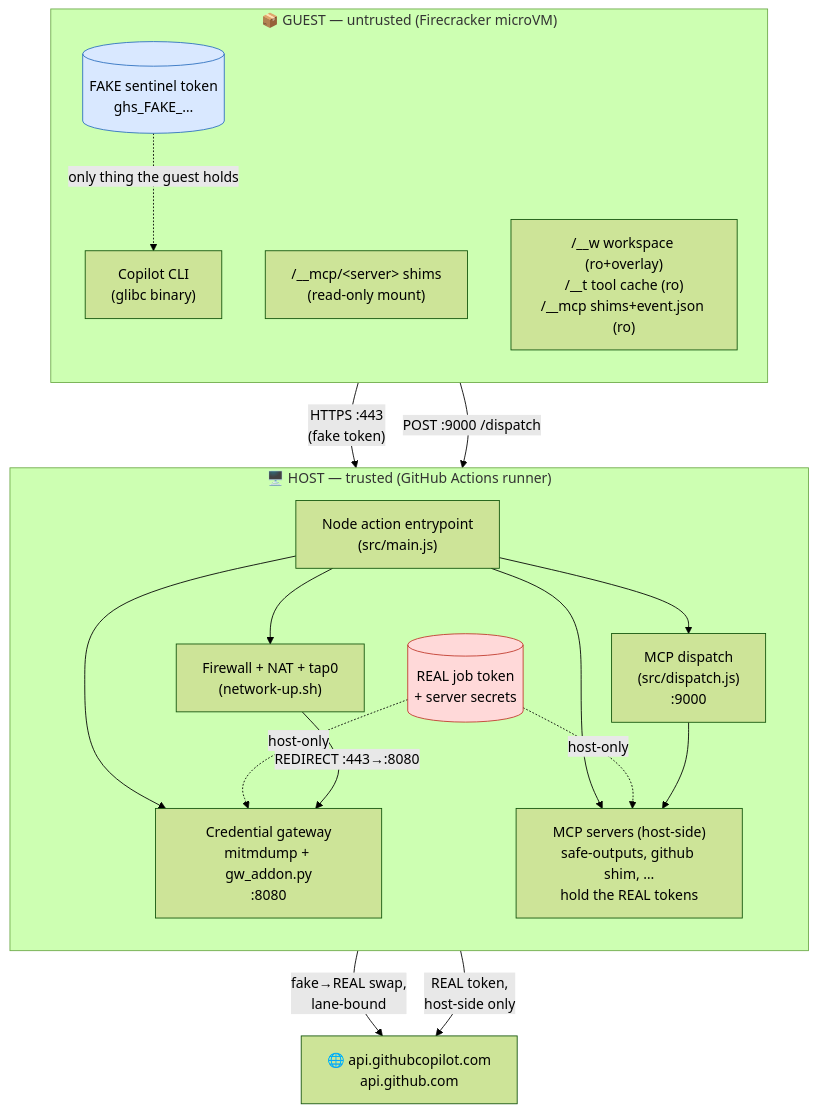
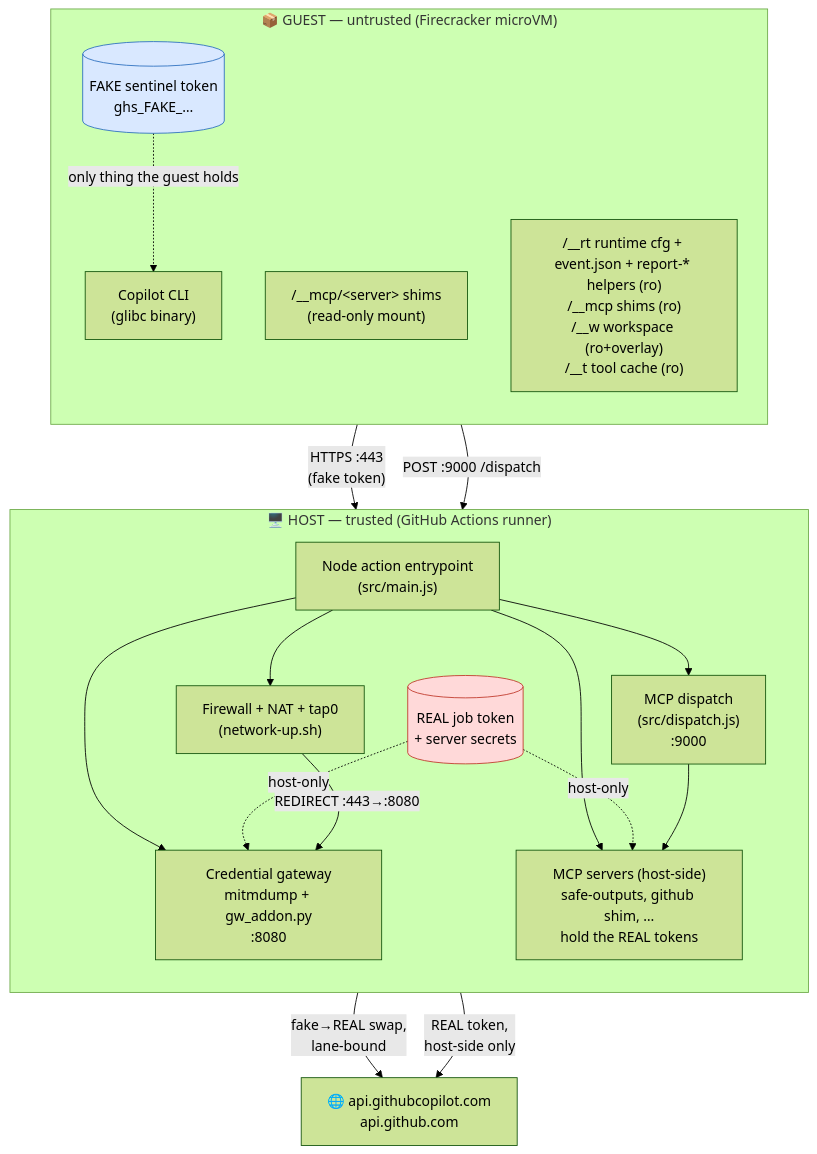
One commit to ericsciple/microvm-agent changed the first of 7 diagrams in docs/architecture.md. Above: the diagram before and after it, drawn with Mermaid (forest theme). The commit also changed other lines of this file and 1 other file, not shown here.

First line of the commit message:
docs: update architecture + README for 2.2 (event.json on /__rt, diagnostics, console filter)

````diff
--- a/docs/architecture.md
+++ b/docs/architecture.md
@@ -16,33 +16,33 @@
 ```mermaid
 flowchart TB
   subgraph HOST["🖥️  HOST — trusted (GitHub Actions runner)"]
     direction TB
     MAIN["Node action entrypoint<br/>(src/main.js)"]
     GW["Credential gateway<br/>mitmdump + gw_addon.py<br/>:8080"]
     DISP["MCP dispatch<br/>(src/dispatch.js)<br/>:9000"]
     SRV["MCP servers (host-side)<br/>safe-outputs, github shim, …<br/>hold the REAL tokens"]
     FW["Firewall + NAT + tap0<br/>(network-up.sh)"]
     TOKREAL[("REAL job token<br/>+ server secrets")]:::secret
   end
 
   subgraph GUEST["📦  GUEST — untrusted (Firecracker microVM)"]
     direction TB
     CLI["Copilot CLI<br/>(glibc binary)"]
     SHIM["/__mcp/&lt;server&gt; shims<br/>(read-only mount)"]
     FAKE[("FAKE sentinel token<br/>ghs_FAKE_…")]:::fake
-    MNT["/__w workspace (ro+overlay)<br/>/__t tool cache (ro)<br/>/__mcp shims+event.json (ro)"]
+    MNT["/__rt runtime cfg + event.json + report-* helpers (ro)<br/>/__mcp shims (ro)<br/>/__w workspace (ro+overlay)<br/>/__t tool cache (ro)"]
   end
 
   MAIN --> GW & DISP & SRV & FW
   TOKREAL -.host-only.-> GW & SRV
   CLI -->|"HTTPS :443<br/>(fake token)"| FW
   FW -->|"REDIRECT :443→:8080"| GW
   GW -->|"fake→REAL swap,<br/>lane-bound"| INTERNET["🌐 api.githubcopilot.com<br/>api.github.com"]
   SHIM -->|"POST :9000 /dispatch"| DISP
   DISP --> SRV
   SRV -->|"REAL token,<br/>host-side only"| INTERNET
   FAKE -.only thing the guest holds.-> CLI
 
   classDef secret fill:#ffd9d9,stroke:#c0392b,color:#000;
   classDef fake fill:#d9e8ff,stroke:#2c6fbf,color:#000;
 ```
````
